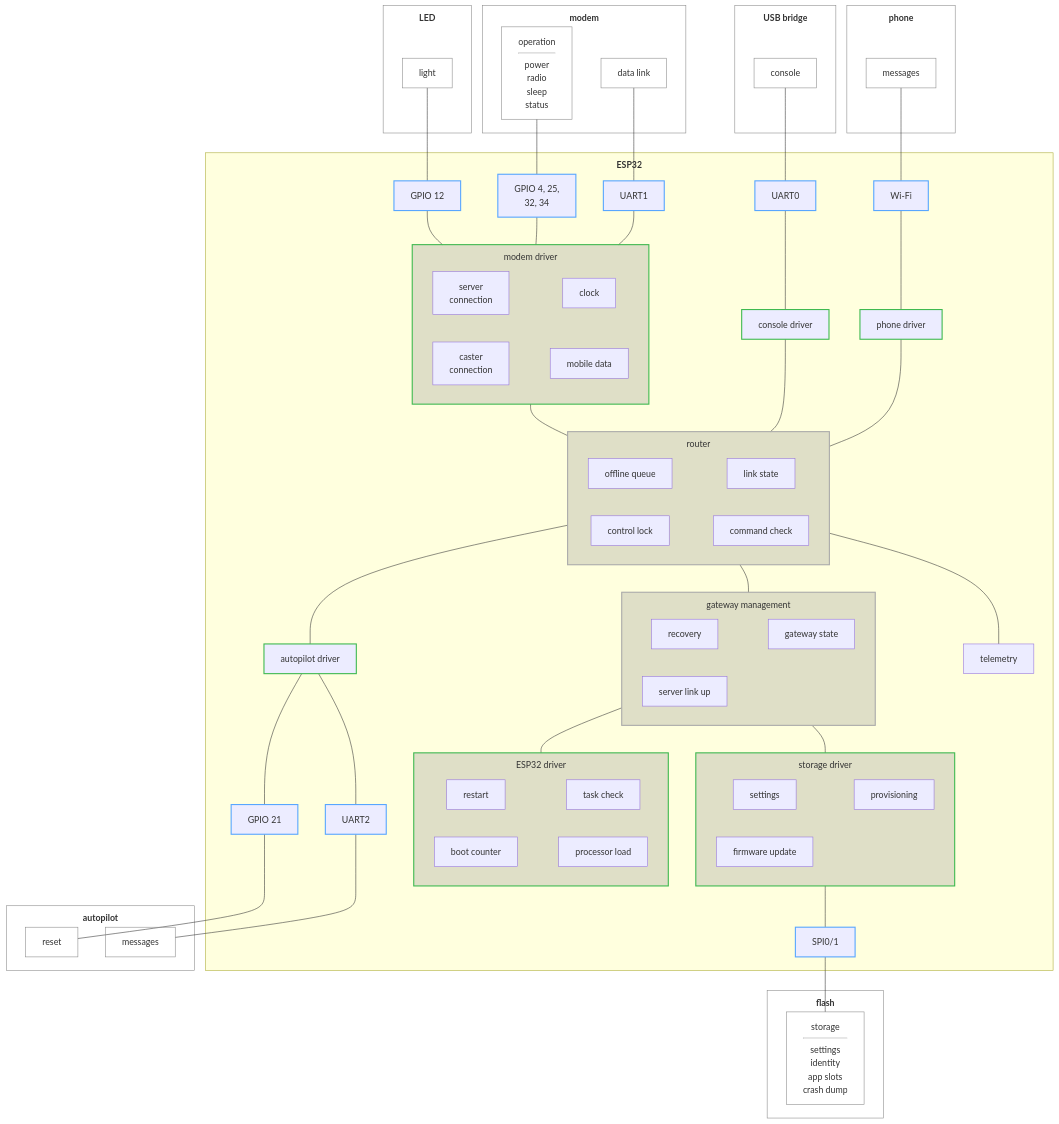
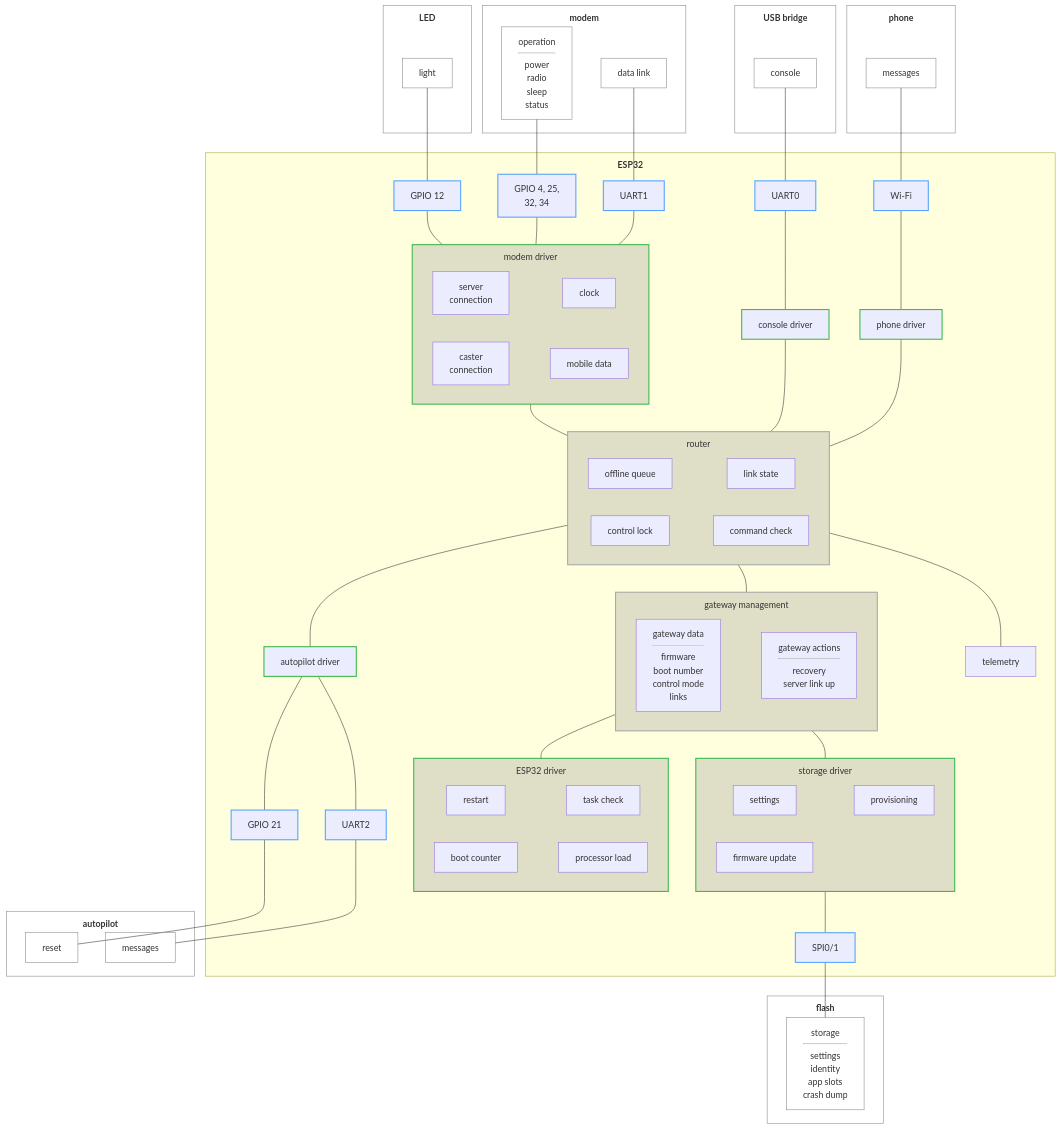
The diagram in .esp-architecture/diagrams/block-draft.md (rmx-lt/rmx-mower-gateway), drawn with Mermaid before and after one commit.

Commit message:
Draft: gateway management as data and actions

````diff
--- a/.esp-architecture/diagrams/block-draft.md
+++ b/.esp-architecture/diagrams/block-draft.md
@@ -51,12 +51,9 @@
     end
     tel["telemetry"]
     subgraph mgmt["gateway management"]
-      rec["recovery"]
-      up["server link up"]
-      state["gateway state"]
-      p6[" "]
-      rec ~~~ state
-      up ~~~ p6
+      gdata["gateway data<hr/>firmware<br/>boot number<br/>control mode<br/>links"]
+      gact["gateway actions<hr/>recovery<br/>server link up"]
+      gdata ~~~ gact
     end
     subgraph esp["ESP32 driver"]
       rst["restart"]
@@ -110,7 +107,7 @@
   classDef ownerdriver fill:#8884,stroke:#3fb950,stroke-width:2px
   class conn,fs,esp ownerdriver
   classDef pad fill:none,stroke:none
-  class p2,p6 pad
+  class p2 pad
   classDef device fill:none,stroke:#888
   class modem,mdata,mctl,led,lparts,ap,amsg,areset,ph,pparts,usb,uparts,fl,fparts device
 ```
````
